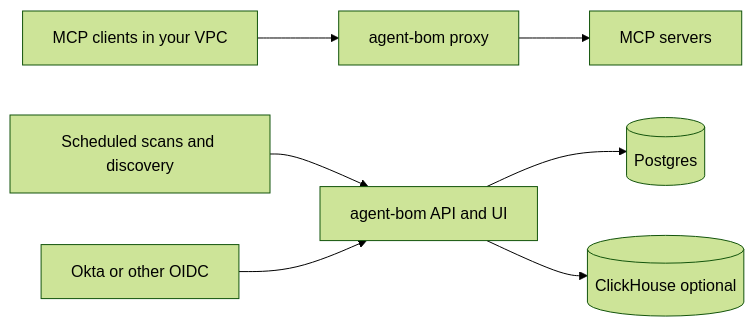
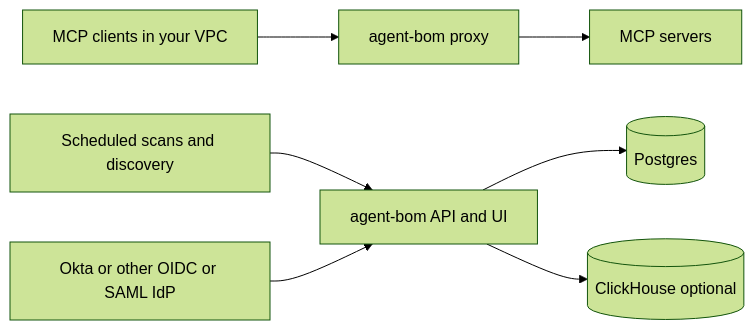
The diagram in site-docs/deployment/own-infra-eks.md (msaad00/agent-bom), drawn with Mermaid (forest theme) before and after one commit. The commit also changed other lines of this file and 10 other files, not shown here.

````diff
--- a/site-docs/deployment/own-infra-eks.md
+++ b/site-docs/deployment/own-infra-eks.md
@@ -42,9 +42,9 @@
 ```mermaid
 flowchart LR
     A[MCP clients in your VPC] --> B[agent-bom proxy]
     B --> C[MCP servers]
     D[Scheduled scans and discovery] --> E[agent-bom API and UI]
     E --> F[(Postgres)]
     E --> G[(ClickHouse optional)]
-    H[Okta or other OIDC] --> E
+    H[Okta or other OIDC or SAML IdP] --> E
 ```
````
